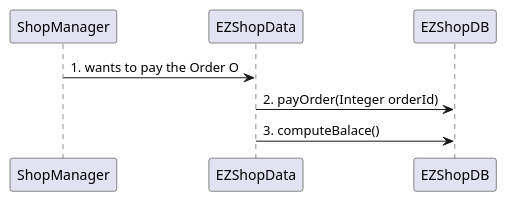
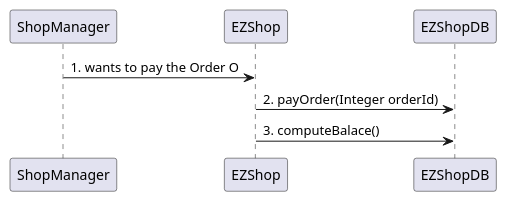
One commit to djemar/softeng_ezshop changed the tenth of 31 diagrams in Deliverables/DesignDocument.md. Above: the diagram before and after it, drawn with PlantUML. The commit also changed other lines of this file, not shown here.

````diff
--- a/Deliverables/DesignDocument.md
+++ b/Deliverables/DesignDocument.md
@@ -338,5 +350,5 @@
 ```plantuml
-"ShopManager" -> "EZShopData": 1. wants to pay the Order O
-"EZShopData" -> "EZShopDB" : 2. payOrder(Integer orderId)
-"EZShopData" -> "EZShopDB" : 3. computeBalace()
+"ShopManager" -> "EZShop": 1. wants to pay the Order O
+"EZShop" -> "EZShopDB" : 2. payOrder(Integer orderId)
+"EZShop" -> "EZShopDB" : 3. computeBalace()
 ```
````
